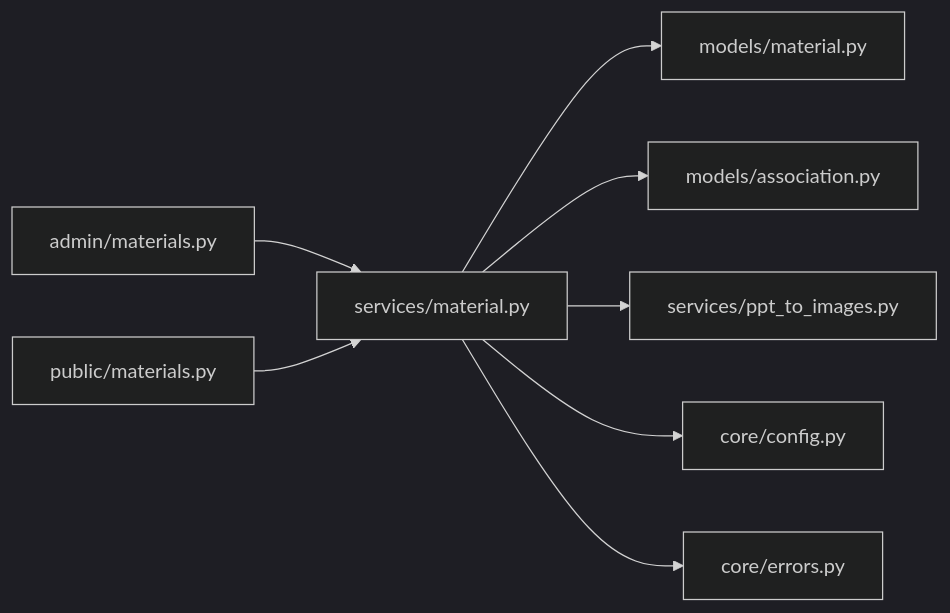
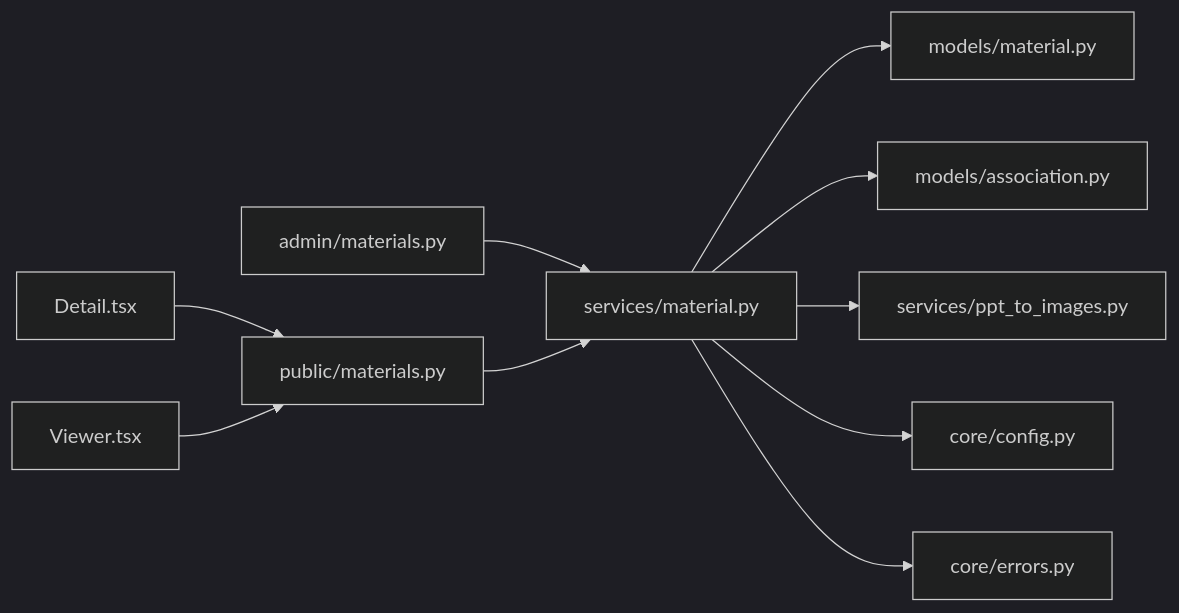
One commit to leo21cn/ai-learning-hub changed the seventh of 7 diagrams in .qoder/repowiki/zh/content/后端开发指南/数据模型设计/素材模型(Material).md. Above: the diagram before and after it, drawn with Mermaid (dark theme). The commit also changed other lines of this file and 41 other files, not shown here.

````diff
--- a/.qoder/repowiki/zh/content/后端开发指南/数据模型设计/素材模型(Material).md
+++ b/.qoder/repowiki/zh/content/后端开发指南/数据模型设计/素材模型(Material).md
@@ -357,10 +405,12 @@
 ```mermaid
 graph LR
 AM["admin/materials.py"] --> MS["services/material.py"]
 PM["public/materials.py"] --> MS
 MS --> M["models/material.py"]
 MS --> A["models/association.py"]
 MS --> P["services/ppt_to_images.py"]
 MS --> C["core/config.py"]
 MS --> E["core/errors.py"]
+FD["Detail.tsx"] --> PM
+FV["Viewer.tsx"] --> PM
 ```
````
